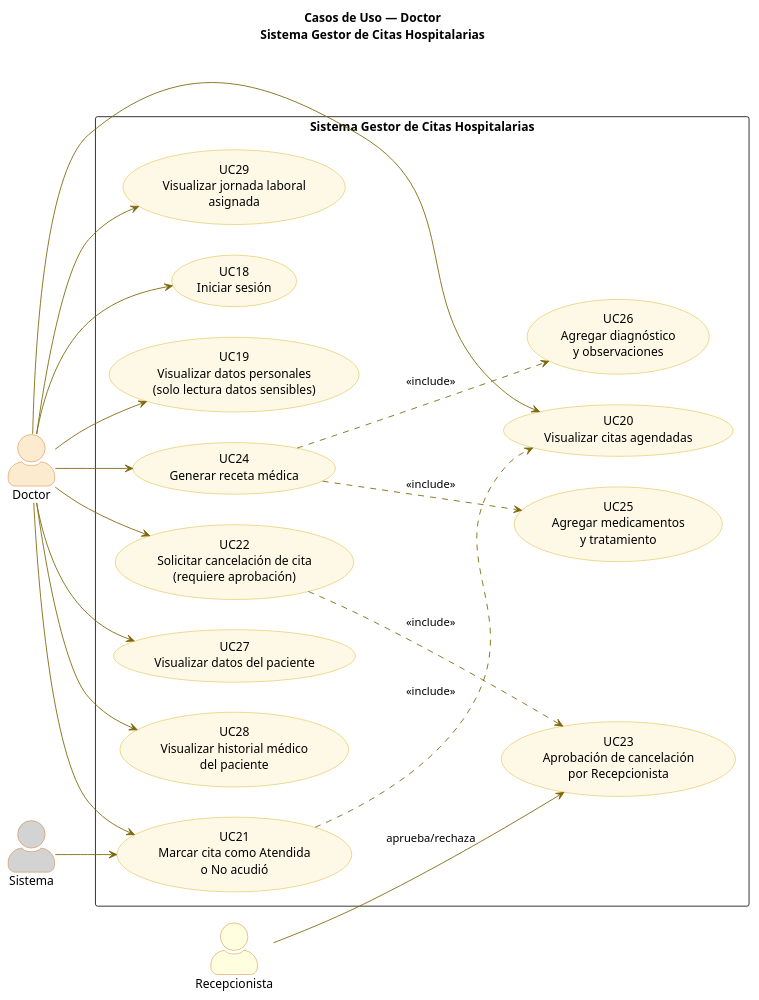
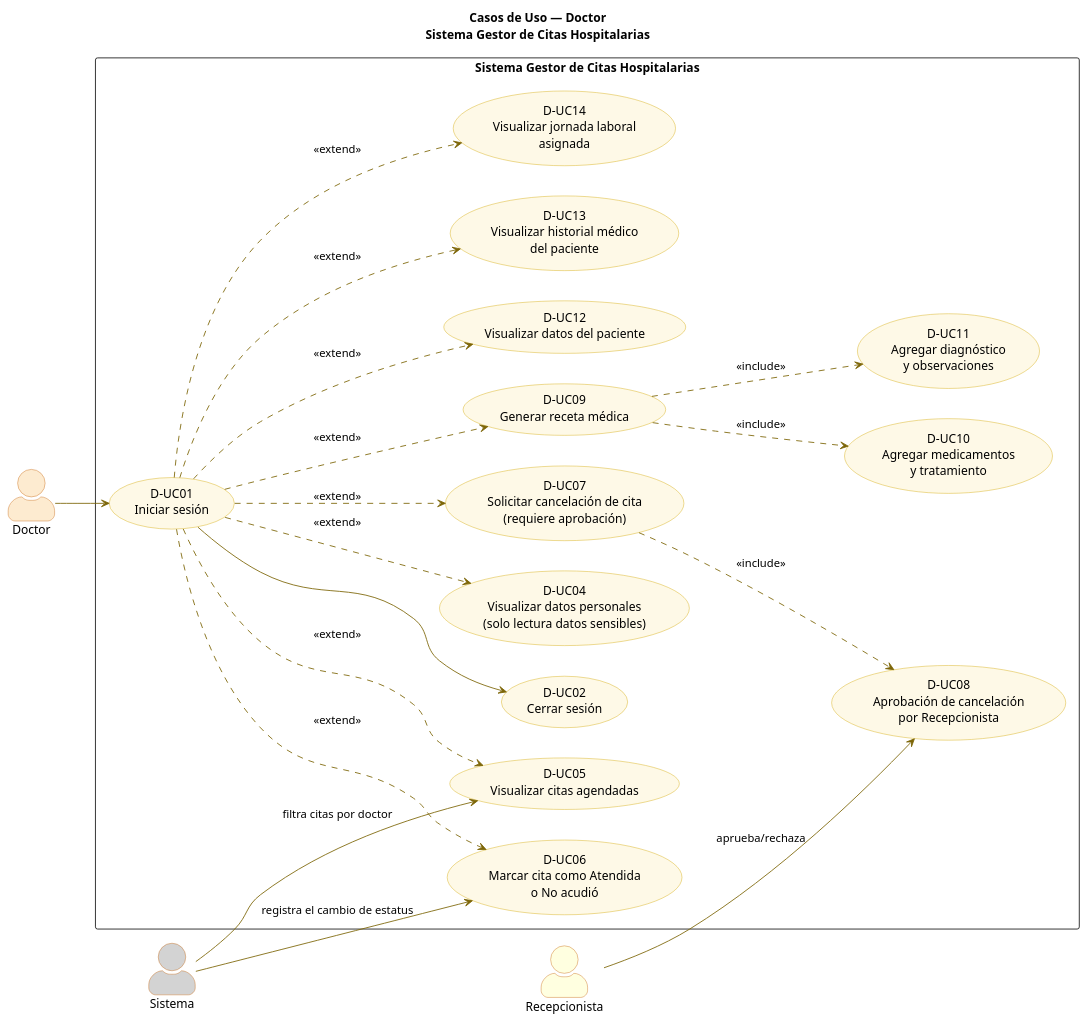
The second of 4 diagrams in DiagramasCasosDeUso/casos_de_uso_hospital.puml (AlgorithmQuantum/Proyecto), drawn with PlantUML before and after one commit. The commit also changed other lines of this file and 8 other files, not shown here.

```diff
--- a/DiagramasCasosDeUso/casos_de_uso_hospital.puml
+++ b/DiagramasCasosDeUso/casos_de_uso_hospital.puml
@@ -91,67 +91,74 @@
 @startuml Doctor
 left to right direction
 skinparam actorStyle awesome
 skinparam packageStyle rectangle
 skinparam usecase {
   BackgroundColor #FEF9E7
   BorderColor #D4AC0D
   ArrowColor #7D6608
 }
 skinparam actor {
   BackgroundColor #FDEBD0
   BorderColor #CA6F1E
 }
 
 title Casos de Uso — Doctor\nSistema Gestor de Citas Hospitalarias
 
 actor "Doctor" as DOC
 actor "Sistema" as SIS #lightgray
 actor "Recepcionista" as REC #lightyellow
 
 rectangle "Sistema Gestor de Citas Hospitalarias" {
 
-  ' --- Sesión ---
-  usecase "UC18\nIniciar sesión" as UC18
-  usecase "UC19\nVisualizar datos personales\n(solo lectura datos sensibles)" as UC19
+  ' --- Sesión (UC base) ---
+  usecase "D-UC01\nIniciar sesión" as UC01
+  usecase "D-UC02\nCerrar sesión" as UC02
+
+  ' --- Datos personales ---
+  usecase "D-UC04\nVisualizar datos personales\n(solo lectura datos sensibles)" as UC04
 
   ' --- Citas del Doctor ---
-  usecase "UC20\nVisualizar citas agendadas" as UC20
-  usecase "UC21\nMarcar cita como Atendida\no No acudió" as UC21
-  usecase "UC22\nSolicitar cancelación de cita\n(requiere aprobación)" as UC22
-  usecase "UC23\nAprobación de cancelación\npor Recepcionista" as UC23
+  usecase "D-UC05\nVisualizar citas agendadas" as UC05
+  usecase "D-UC06\nMarcar cita como Atendida\no No acudió" as UC06
+  usecase "D-UC07\nSolicitar cancelación de cita\n(requiere aprobación)" as UC07
+  usecase "D-UC08\nAprobación de cancelación\npor Recepcionista" as UC08
 
   ' --- Recetas ---
-  usecase "UC24\nGenerar receta médica" as UC24
-  usecase "UC25\nAgregar medicamentos\ny tratamiento" as UC25
-  usecase "UC26\nAgregar diagnóstico\ny observaciones" as UC26
+  usecase "D-UC09\nGenerar receta médica" as UC09
+  usecase "D-UC10\nAgregar medicamentos\ny tratamiento" as UC10
+  usecase "D-UC11\nAgregar diagnóstico\ny observaciones" as UC11
 
   ' --- Paciente ---
-  usecase "UC27\nVisualizar datos del paciente" as UC27
-  usecase "UC28\nVisualizar historial médico\ndel paciente" as UC28
+  usecase "D-UC12\nVisualizar datos del paciente" as UC12
+  usecase "D-UC13\nVisualizar historial médico\ndel paciente" as UC13
 
   ' --- Horario ---
-  usecase "UC29\nVisualizar jornada laboral\nasignada" as UC29
+  usecase "D-UC14\nVisualizar jornada laboral\nasignada" as UC14
 }
 
 ' --- Relaciones Doctor ---
-DOC --> UC18
-DOC --> UC19
-DOC --> UC20
-DOC --> UC21
-DOC --> UC22
-DOC --> UC24
-DOC --> UC27
-DOC --> UC28
-DOC --> UC29
+DOC --> UC01
+UC01 --> UC02
 
-' --- include / extend ---
-UC22 ..> UC23 : <<include>>
-UC24 ..> UC25 : <<include>>
-UC24 ..> UC26 : <<include>>
-UC21 ..> UC20 : <<include>>
+' --- TODOS los casos de uso EXTEND de Iniciar sesión ---
+UC01 ..> UC04 : <<extend>>
+UC01 ..> UC05 : <<extend>>
+UC01 ..> UC06 : <<extend>>
+UC01 ..> UC07 : <<extend>>
+UC01 ..> UC09 : <<extend>>
+UC01 ..> UC12 : <<extend>>
+UC01 ..> UC13 : <<extend>>
+UC01 ..> UC14 : <<extend>>
+
+' --- include ---
+UC07 ..> UC08 : <<include>>
+UC09 ..> UC10 : <<include>>
+UC09 ..> UC11 : <<include>>
 
 ' --- Actores secundarios ---
-REC --> UC23 : aprueba/rechaza
-SIS --> UC21
+REC --> UC08 : aprueba/rechaza
+SIS --> UC06 : registra el cambio de estatus
+SIS --> UC05 : filtra citas por doctor
+
 
 @enduml
```
